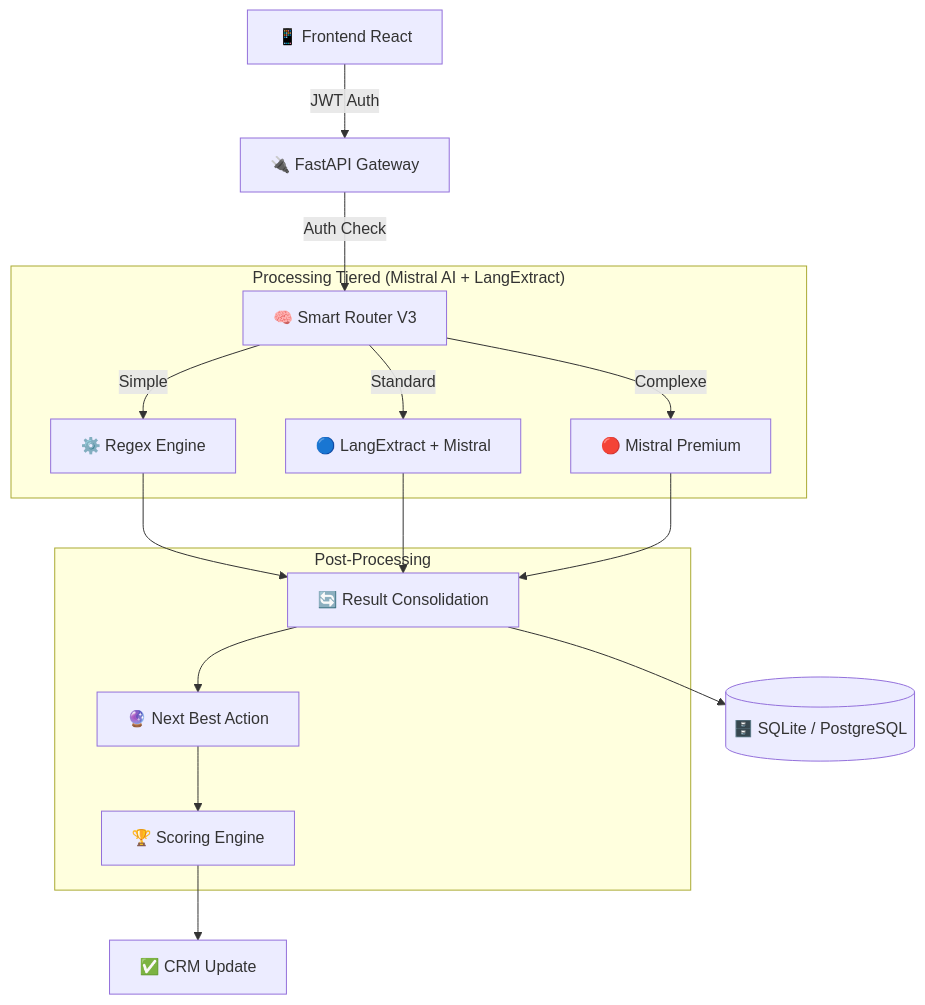
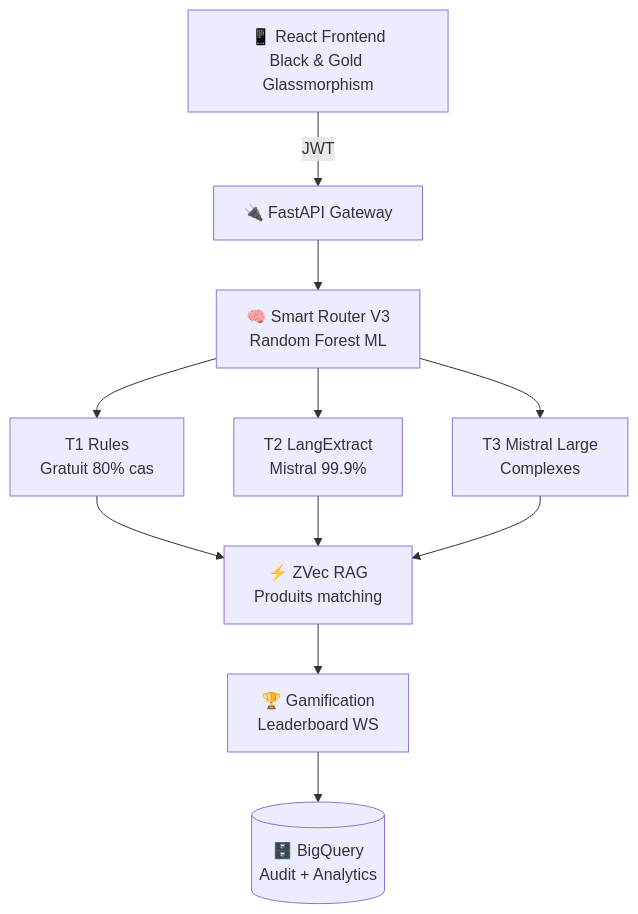
The diagram in README.md (wb-eugenia/lvmh-data), drawn with Mermaid before and after one commit. The commit also changed other lines of this file and 14 other files, not shown here.

````diff
--- a/README.md
+++ b/README.md
@@ -74,21 +30,13 @@
 ```mermaid
-graph TD
-    User[📱 Frontend React] -->|JWT Auth| API[🔌 FastAPI Gateway]
-    API -->|Auth Check| Router[🧠 Smart Router V3]
-    
-    subgraph "Processing Tiered (Mistral AI + LangExtract)"
-        Router -->|Simple| T1[⚙️ Regex Engine]
-        Router -->|Standard| T2[🔵 LangExtract + Mistral]
-        Router -->|Complexe| T3[🔴 Mistral Premium]
-    end
-    
-    T1 & T2 & T3 --> Consolidator[🔄 Result Consolidation]
-    Consolidator --> DB[(🗄️ SQLite / PostgreSQL)]
-    
-    subgraph "Post-Processing"
-        Consolidator --> NBA[🔮 Next Best Action]
-        NBA --> Game[🏆 Scoring Engine]
-    end
-    
-    Game --> Output[✅ CRM Update]
+graph TB
+  A[📱 React Frontend<br/>Black & Gold Glassmorphism] -->|JWT| B[🔌 FastAPI Gateway]
+  B --> C[🧠 Smart Router V3<br/>Random Forest ML]
+  
+  C --> D1[T1 Rules<br/>Gratuit 80% cas]
+  C --> D2[T2 LangExtract<br/>Mistral 99.9%]
+  C --> D3[T3 Mistral Large<br/>Complexes]
+  
+  D1 & D2 & D3 --> E[⚡ ZVec RAG<br/>Produits matching]
+  E --> F[🏆 Gamification<br/>Leaderboard WS]
+  F --> G[(🗄️ BigQuery<br/>Audit + Analytics)]
 ```
````
